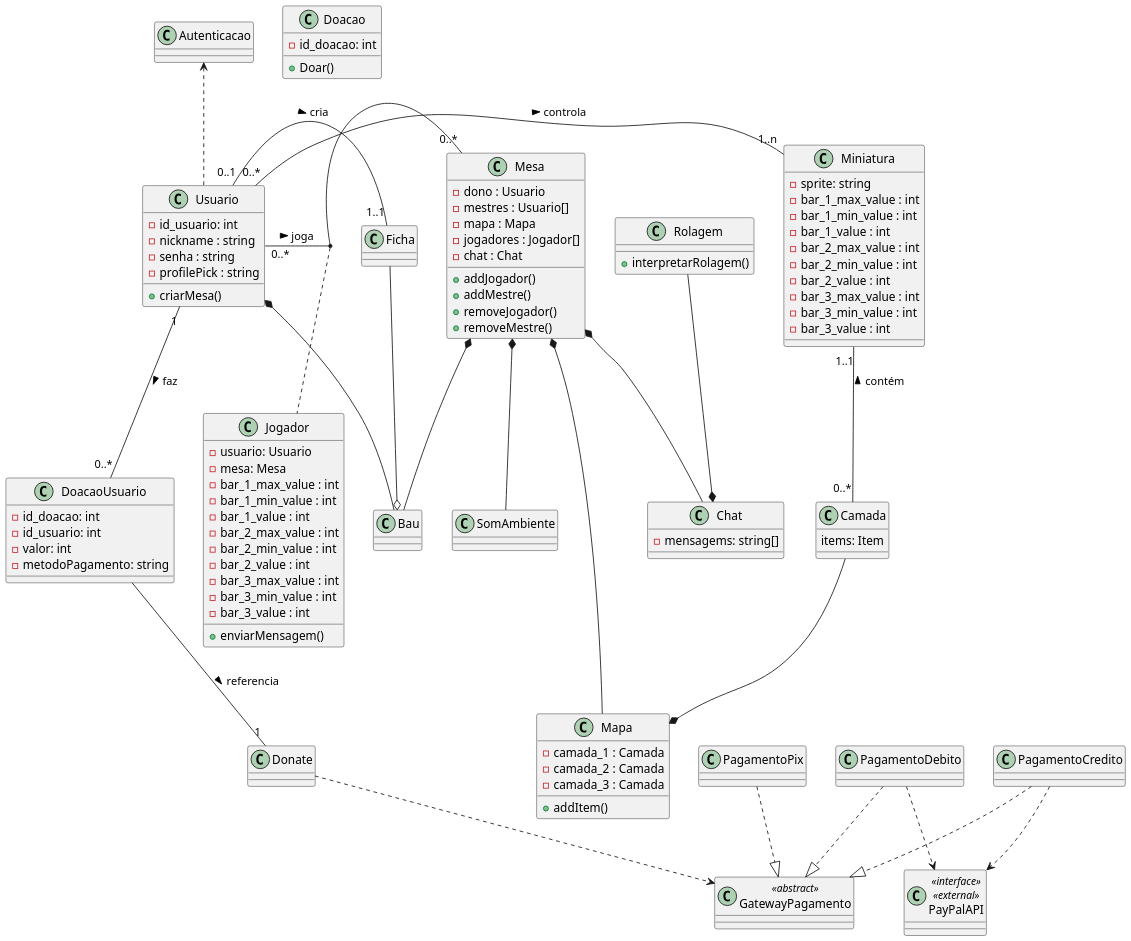
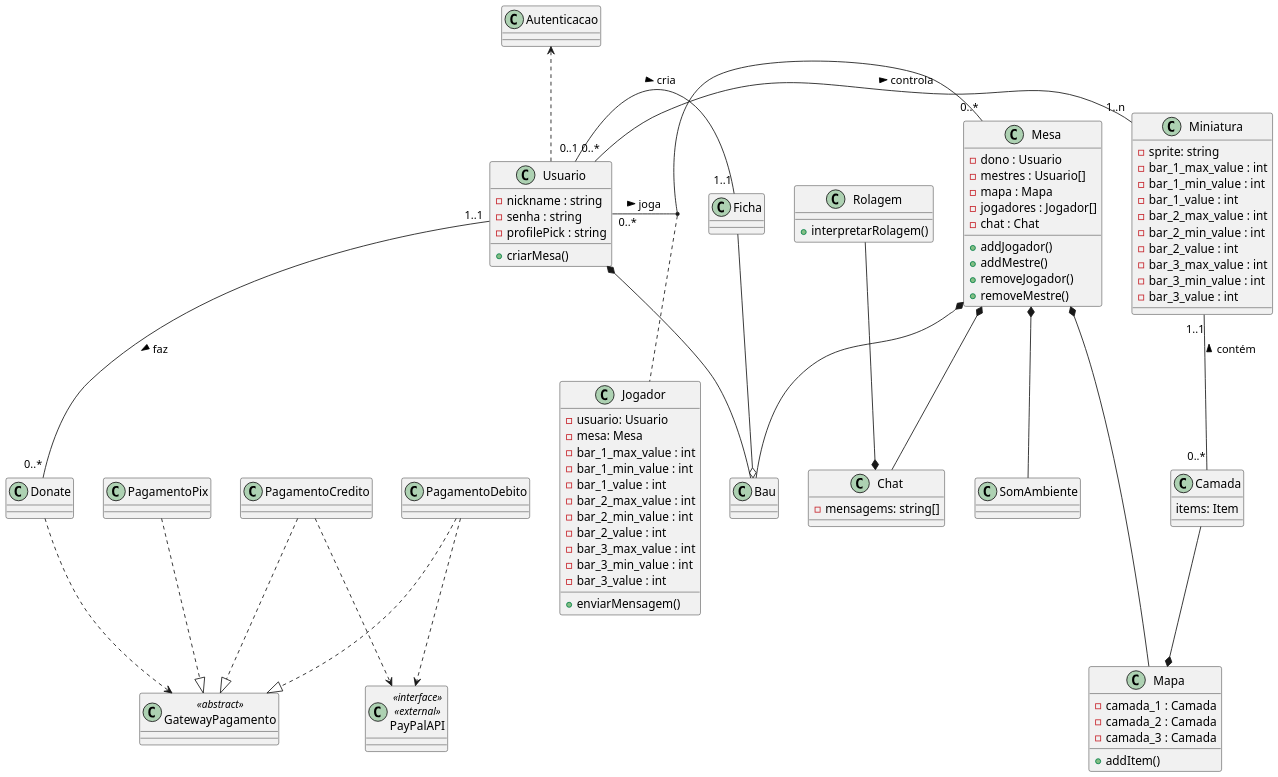
One commit to t-aaago/Nexus changed the diagram in nexus.puml. Above: the diagram before and after it, drawn with PlantUML.

Commit message:
criação da branch para desenvolver o diagrama de objetos

```diff
--- a/nexus.puml
+++ b/nexus.puml
@@ -1,108 +1,97 @@
 @startuml Nexus
 skinparam dpi 150
 
 class Usuario{
-    -id_usuario: int
     -nickname : string
     -senha : string
     -profilePick : string
     +criarMesa()
 }
 class Ficha
 class Jogador {
     -usuario: Usuario
     -mesa: Mesa
     -bar_1_max_value : int 
     -bar_1_min_value : int
     -bar_1_value : int
     -bar_2_max_value : int 
     -bar_2_min_value : int
     -bar_2_value : int
     -bar_3_max_value : int 
     -bar_3_min_value : int
     -bar_3_value : int
     +enviarMensagem()
 }
 class Bau
 class Mesa {
     -dono : Usuario
     -mestres : Usuario[]
     -mapa : Mapa
     -jogadores : Jogador[]
     -chat : Chat
     +addJogador()
     +addMestre()
     +removeJogador()
     +removeMestre()
 }
 class Mapa {
     -camada_1 : Camada
     -camada_2 : Camada
     -camada_3 : Camada
     +addItem()
 }
 class Camada{
     items: Item
 }
 class Miniatura {
     -sprite: string
     -bar_1_max_value : int 
     -bar_1_min_value : int
     -bar_1_value : int
     -bar_2_max_value : int 
     -bar_2_min_value : int
     -bar_2_value : int
     -bar_3_max_value : int 
     -bar_3_min_value : int
     -bar_3_value : int
 }
 class SomAmbiente
 class Chat {
     -mensagems: string[]
 }
 class Rolagem {
     +interpretarRolagem()
 }
-class Doacao{
-    -id_doacao: int
-    +Doar()
-}
-class DoacaoUsuario{
-    -id_doacao: int
-    -id_usuario: int
-    -valor: int
-    -metodoPagamento: string
-}
+class Donate
 class Autenticacao
 class GatewayPagamento <<abstract>>
 class PayPalAPI <<interface>> <<external>>
 
 together{
     class PagamentoDebito
     class PagamentoPix
     class PagamentoCredito
 }
 
 Usuario "0..1" - "1..1" Ficha : cria >
 Ficha -o Bau
 Mesa *-- Bau
 Mesa *-- SomAmbiente
 Mesa *-- Mapa
 Camada --* Mapa
 Miniatura "1..1" -- "0..*" Camada : < contém
 Usuario "0..*" - "1..n" Miniatura : controla >
 Mesa *-- Chat
 Rolagem --* Chat
 Usuario "0..*" - "0..*" Mesa : joga >
 (Usuario, Mesa) .. Jogador
 Usuario *- Bau
-Usuario "1" -- "0..*" DoacaoUsuario : faz >
-DoacaoUsuario -- "1" Donate : referencia >
+Usuario "1..1" -- "0..*" Donate : faz >
 Autenticacao <.. Usuario
 Donate ..> GatewayPagamento
 PagamentoCredito ..|> GatewayPagamento
 PagamentoDebito ..|> GatewayPagamento
 PagamentoPix ..|> GatewayPagamento
 PagamentoDebito ..> PayPalAPI
 PagamentoCredito ..> PayPalAPI
 @enduml
```
